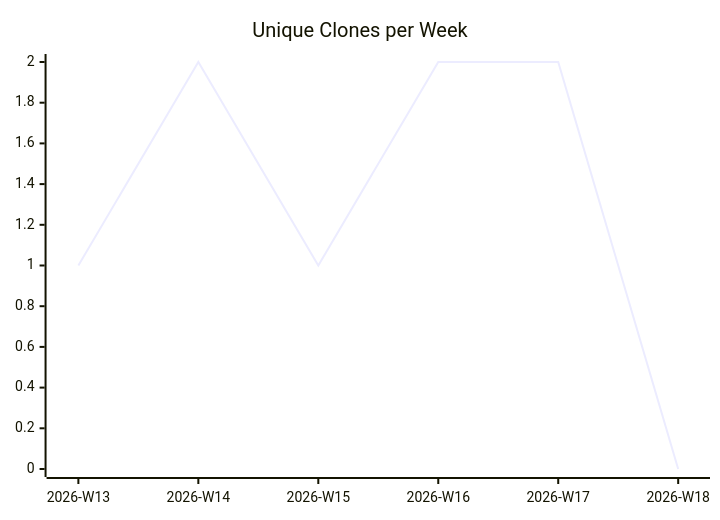
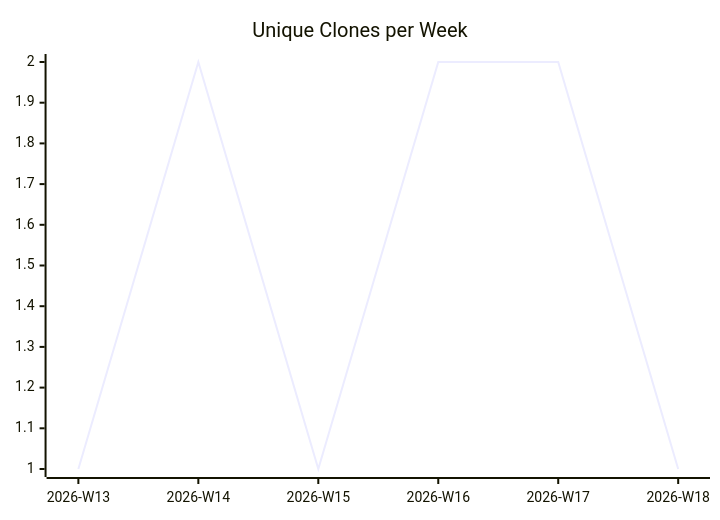
Before and after one commit to justdavis-family/github-analytics-data: the third of 3 diagrams in karlmdavis/sample-maven-and-rcp/README.md, drawn with Mermaid. The commit also changed other lines of this file and 184 other files, not shown here.

````diff
--- a/karlmdavis/sample-maven-and-rcp/README.md
+++ b/karlmdavis/sample-maven-and-rcp/README.md
@@ -19,6 +19,6 @@
 ```mermaid
 xychart-beta
   title "Unique Clones per Week"
   x-axis ["2026-W13", "2026-W14", "2026-W15", "2026-W16", "2026-W17", "2026-W18"]
-  line [1, 2, 1, 2, 2, 0]
+  line [1, 2, 1, 2, 2, 1]
 ```
````
